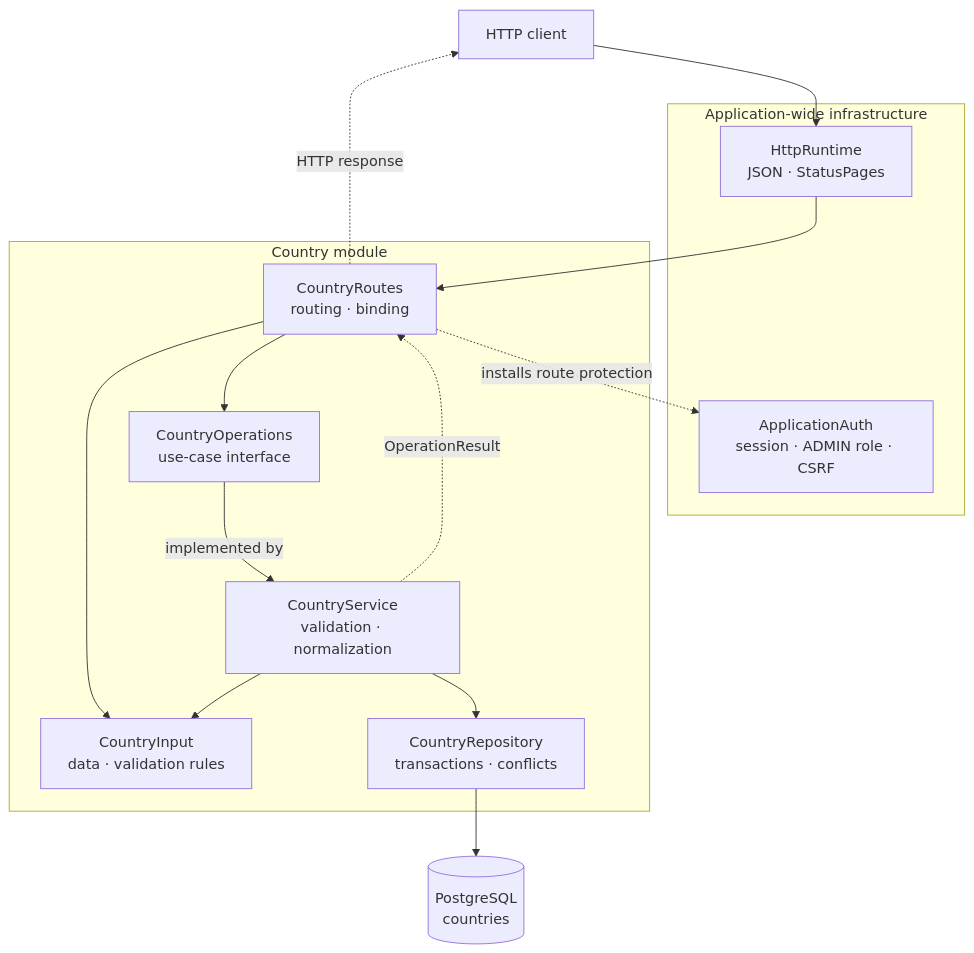
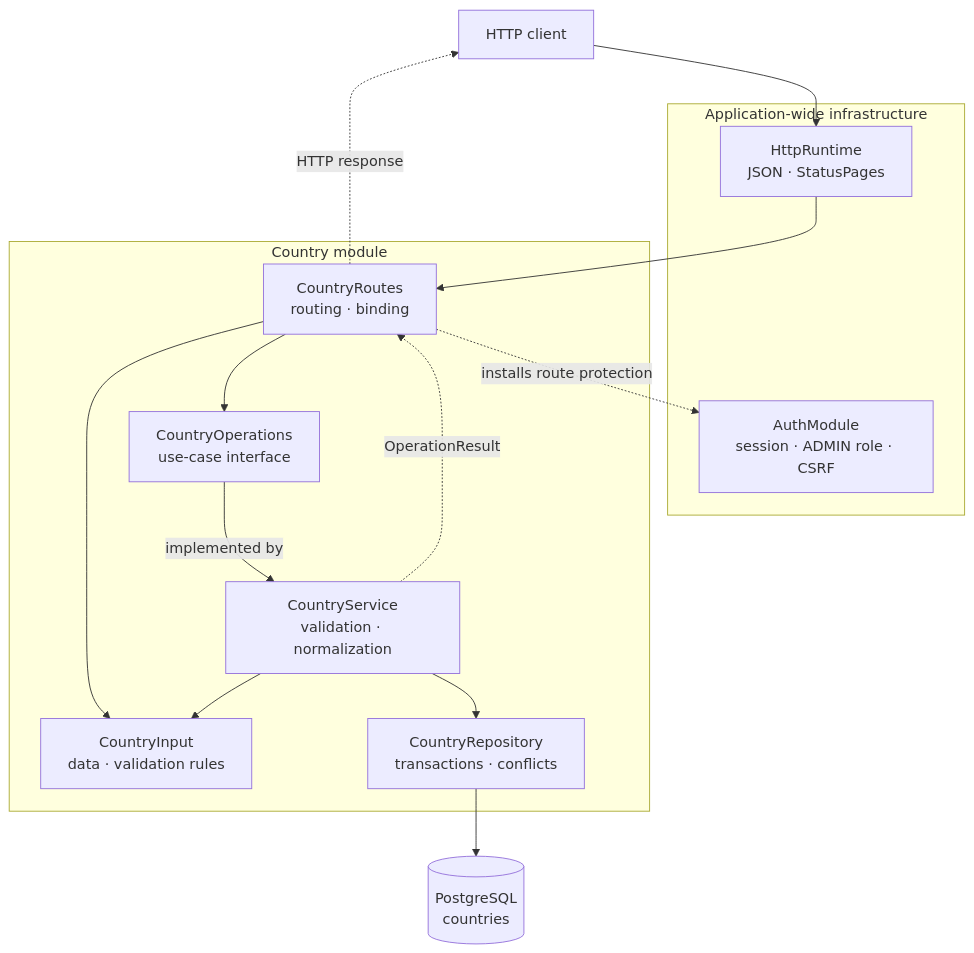
Before and after one commit to bitstorm-tech/voenix-shop-kotlin: the diagram in docs/dev/backend/country-package.md, drawn with Mermaid. The commit also changed other lines of this file and 24 other files, not shown here.

Commit message:
Refactor auth module naming and update route references

````diff
--- a/docs/dev/backend/country-package.md
+++ b/docs/dev/backend/country-package.md
@@ -28,31 +28,31 @@
 ```mermaid
 flowchart TB
     Client["HTTP client"]
 
     subgraph Shared["Application-wide infrastructure"]
         Http["HttpRuntime<br/>JSON · StatusPages"]
-        Auth["ApplicationAuth<br/>session · ADMIN role · CSRF"]
+        Auth["AuthModule<br/>session · ADMIN role · CSRF"]
     end
 
     subgraph Country["Country module"]
         Routes["CountryRoutes<br/>routing · binding"]
         Input["CountryInput<br/>data · validation rules"]
         Operations["CountryOperations<br/>use-case interface"]
         Service["CountryService<br/>validation · normalization"]
         Repository["CountryRepository<br/>transactions · conflicts"]
     end
 
     Database[("PostgreSQL<br/>countries")]
 
     Client --> Http
     Http --> Routes
     Routes -.->|"installs route protection"| Auth
     Routes --> Input
     Routes --> Operations
     Operations -->|"implemented by"| Service
     Service --> Input
     Service --> Repository
     Repository --> Database
     Service -.->|"OperationResult"| Routes
     Routes -.->|"HTTP response"| Client
 ```
````
